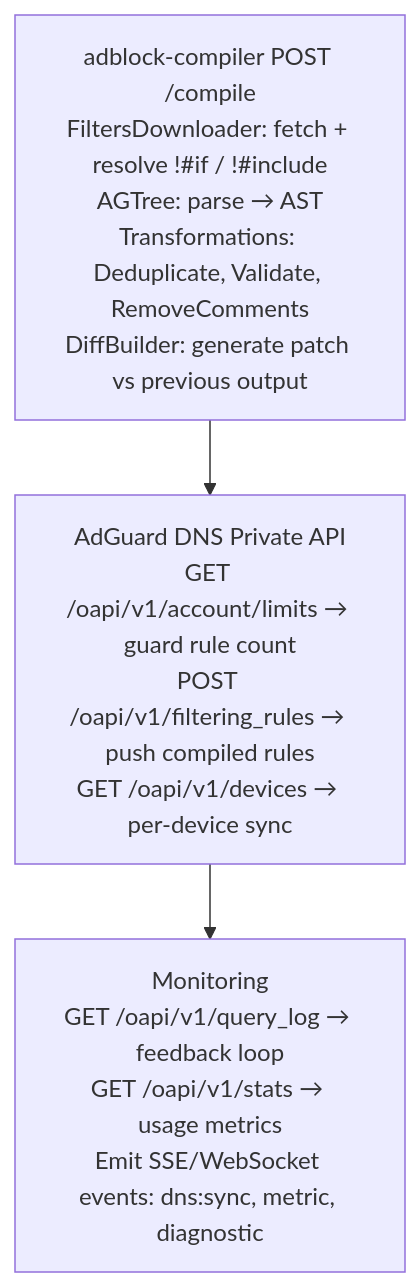
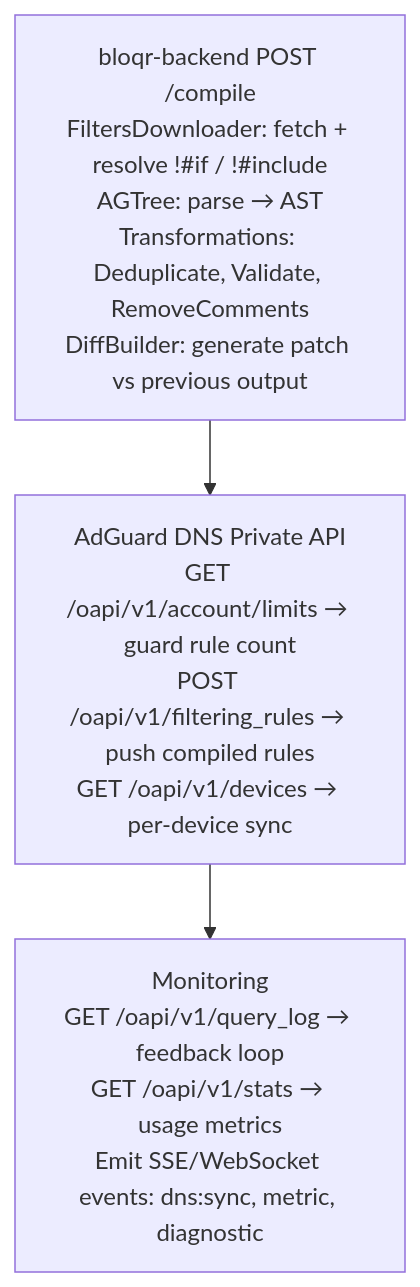
One commit to jaypatrick/adblock-compiler changed the diagram in ideas/ADGUARD_DNS_API_INTEGRATION.md. Above: the diagram before and after it, drawn with Mermaid. The commit also changed other lines of this file and 252 other files, not shown here.

First line of the commit message:
chore: rename Cloudflare Worker names from adblock- to bloqr- (bloqr-compiler → bloqr-backend) (#1762)

````diff
--- a/ideas/ADGUARD_DNS_API_INTEGRATION.md
+++ b/ideas/ADGUARD_DNS_API_INTEGRATION.md
@@ -294,9 +294,9 @@
 ```mermaid
 flowchart TD
-    AC["adblock-compiler POST /compile\nFiltersDownloader: fetch + resolve !#if / !#include\nAGTree: parse → AST\nTransformations: Deduplicate, Validate, RemoveComments\nDiffBuilder: generate patch vs previous output"]
+    AC["bloqr-backend POST /compile\nFiltersDownloader: fetch + resolve !#if / !#include\nAGTree: parse → AST\nTransformations: Deduplicate, Validate, RemoveComments\nDiffBuilder: generate patch vs previous output"]
     AGDNS["AdGuard DNS Private API\nGET /oapi/v1/account/limits → guard rule count\nPOST /oapi/v1/filtering_rules → push compiled rules\nGET /oapi/v1/devices → per-device sync"]
     Monitor["Monitoring\nGET /oapi/v1/query_log → feedback loop\nGET /oapi/v1/stats → usage metrics\nEmit SSE/WebSocket events: dns:sync, metric, diagnostic"]
 
     AC --> AGDNS
     AGDNS --> Monitor
 ```
````
